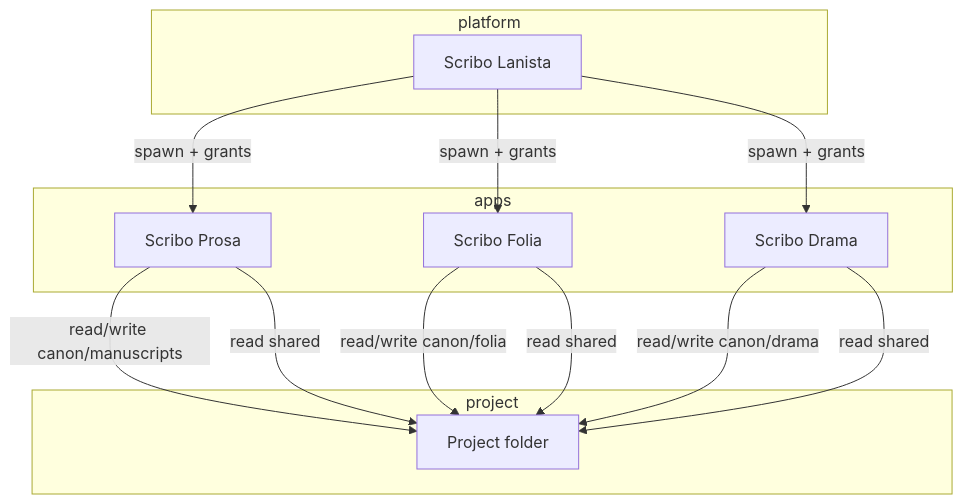
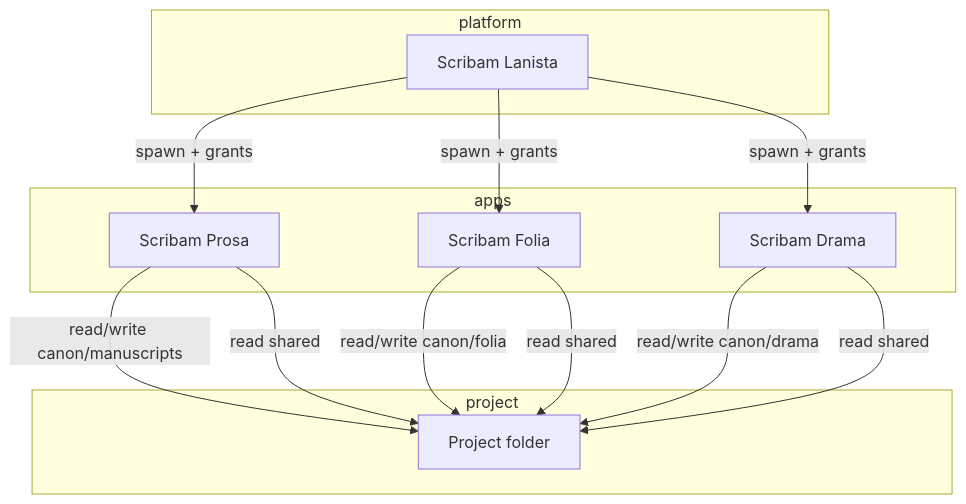
Before and after one commit to erista-scribam/base: the first of 2 diagrams in docs/specs/multi-application-project-architecture.md, drawn with Mermaid. The commit also changed other lines of this file and 151 other files, not shown here.

````diff
--- a/docs/specs/multi-application-project-architecture.md
+++ b/docs/specs/multi-application-project-architecture.md
@@ -153,23 +153,23 @@
 ```mermaid
 flowchart TB
   subgraph platform
-    L[Scribo Lanista]
+    L[Scribam Lanista]
   end
   subgraph apps
-    P[Scribo Prosa]
-    F[Scribo Folia]
-    D[Scribo Drama]
+    P[Scribam Prosa]
+    F[Scribam Folia]
+    D[Scribam Drama]
   end
   subgraph project
     PR[Project folder]
   end
   L -->|spawn + grants| P
   L -->|spawn + grants| F
   L -->|spawn + grants| D
   P -->|read/write canon/manuscripts| PR
   F -->|read/write canon/folia| PR
   D -->|read/write canon/drama| PR
   P -->|read shared| PR
   F -->|read shared| PR
   D -->|read shared| PR
 ```
````
